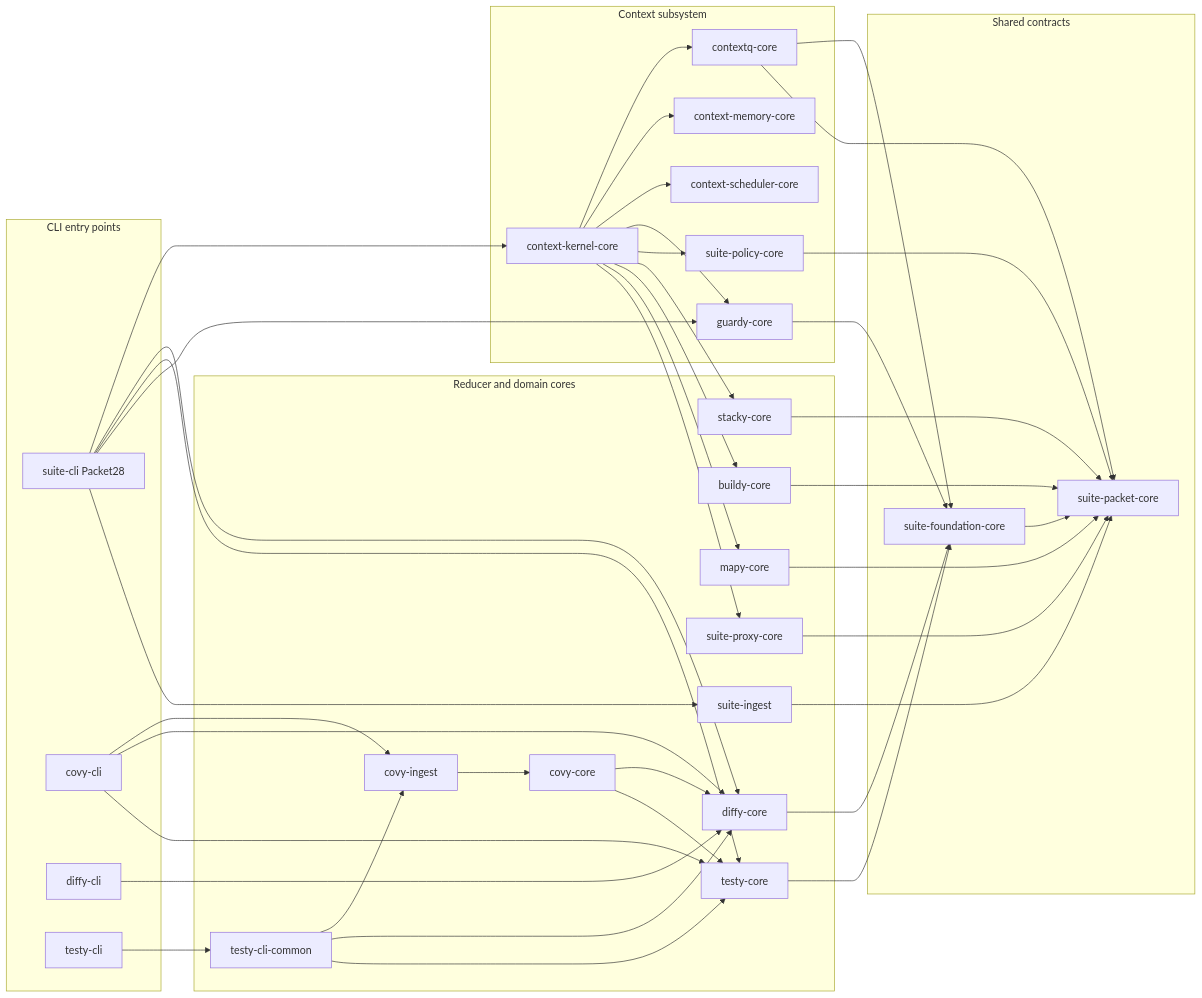
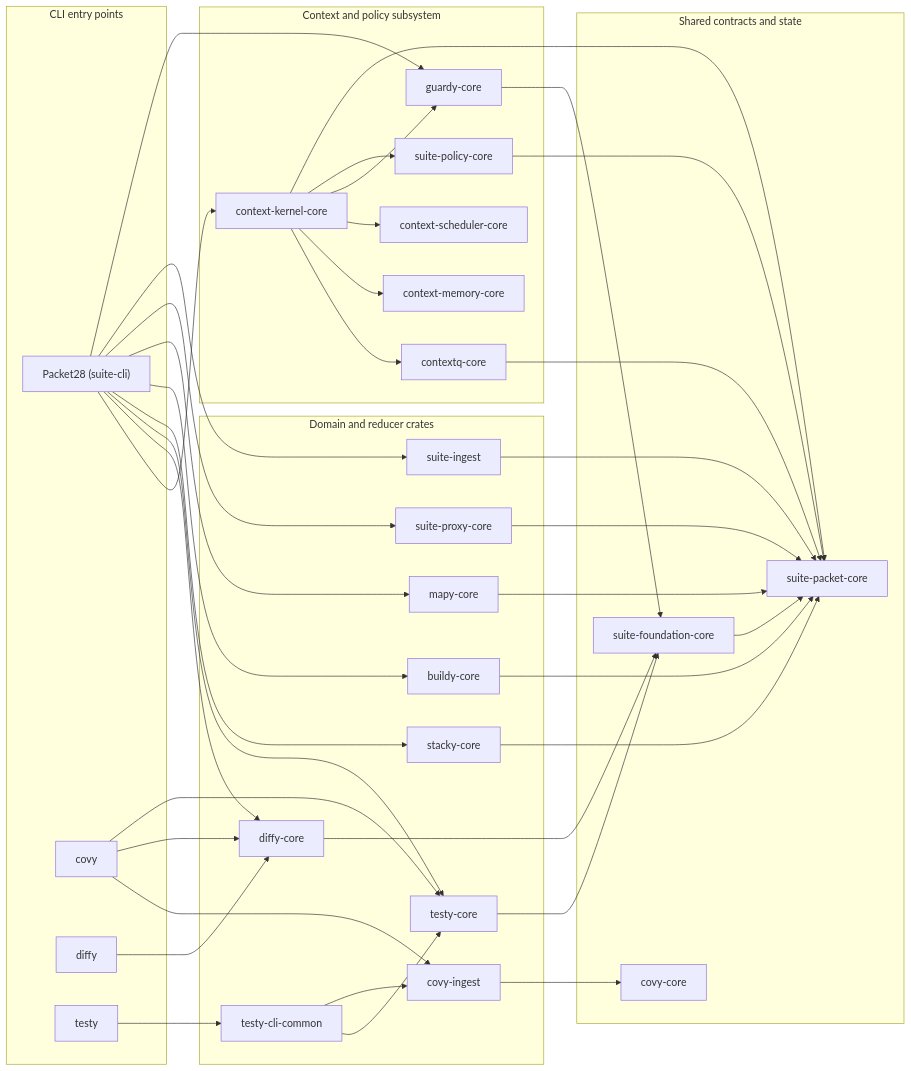
The first of 4 diagrams in README.md (usharma123/Packet28), drawn with Mermaid before and after one commit. The commit also changed other lines of this file, not shown here.

````diff
--- a/README.md
+++ b/README.md
@@ -14,80 +28,75 @@
 ```mermaid
 flowchart LR
-  subgraph CLI["CLI entry points"]
-    SuiteCLI["suite-cli Packet28"]
-    CovyCLI["covy-cli"]
-    DiffyCLI["diffy-cli"]
-    TestyCLI["testy-cli"]
+  subgraph CLIs["CLI entry points"]
+    Packet28["Packet28 (suite-cli)"]
+    Covy["covy"]
+    Diffy["diffy"]
+    Testy["testy"]
   end
 
-  subgraph Context["Context subsystem"]
+  subgraph Domain["Domain and reducer crates"]
+    CovyIngest["covy-ingest"]
+    DiffyCore["diffy-core"]
+    TestyCore["testy-core"]
+    TestyCommon["testy-cli-common"]
+    Stacky["stacky-core"]
+    Buildy["buildy-core"]
+    Mapy["mapy-core"]
+    Proxy["suite-proxy-core"]
+    Ingest["suite-ingest"]
+  end
+
+  subgraph Context["Context and policy subsystem"]
     Kernel["context-kernel-core"]
     ContextQ["contextq-core"]
     Memory["context-memory-core"]
     Scheduler["context-scheduler-core"]
     Guardy["guardy-core"]
     Policy["suite-policy-core"]
   end
 
-  subgraph Reducers["Reducer and domain cores"]
-    DiffyCore["diffy-core"]
-    TestyCore["testy-core"]
-    Stacky["stacky-core"]
-    Buildy["buildy-core"]
-    Mapy["mapy-core"]
-    ProxyCore["suite-proxy-core"]
-    Ingest["suite-ingest"]
-    CovyIngest["covy-ingest"]
+  subgraph Shared["Shared contracts and state"]
+    Foundation["suite-foundation-core"]
+    Packet["suite-packet-core"]
     CovyCore["covy-core"]
-    TestyCommon["testy-cli-common"]
   end
 
-  subgraph Contracts["Shared contracts"]
-    Foundation["suite-foundation-core"]
-    Packet["suite-packet-core"]
-  end
+  Packet28 --> Kernel
+  Packet28 --> DiffyCore
+  Packet28 --> TestyCore
+  Packet28 --> Stacky
+  Packet28 --> Buildy
+  Packet28 --> Mapy
+  Packet28 --> Proxy
+  Packet28 --> Ingest
+  Packet28 --> Guardy
 
-  SuiteCLI --> Kernel
-  SuiteCLI --> DiffyCore
-  SuiteCLI --> TestyCore
-  SuiteCLI --> Guardy
-  SuiteCLI --> Ingest
+  Covy --> CovyIngest
+  Covy --> DiffyCore
+  Covy --> TestyCore
+  Diffy --> DiffyCore
+  Testy --> TestyCommon
 
-  CovyCLI --> CovyIngest
-  CovyCLI --> DiffyCore
-  CovyCLI --> TestyCore
-  DiffyCLI --> DiffyCore
-  TestyCLI --> TestyCommon
-
+  TestyCommon --> TestyCore
   TestyCommon --> CovyIngest
-  TestyCommon --> DiffyCore
-  TestyCommon --> TestyCore
-
-  CovyIngest --> CovyCore
-  CovyCore --> DiffyCore
-  CovyCore --> TestyCore
 
   Kernel --> ContextQ
   Kernel --> Memory
   Kernel --> Scheduler
   Kernel --> Guardy
   Kernel --> Policy
-  Kernel --> Stacky
-  Kernel --> Buildy
-  Kernel --> Mapy
-  Kernel --> ProxyCore
+  Kernel --> Packet
 
-  ContextQ --> Foundation
+  CovyIngest --> CovyCore
   DiffyCore --> Foundation
   TestyCore --> Foundation
-  Guardy --> Foundation
-  Ingest --> Packet
-
-  Foundation --> Packet
-  ContextQ --> Packet
   Stacky --> Packet
   Buildy --> Packet
   Mapy --> Packet
-  ProxyCore --> Packet
+  Proxy --> Packet
+  Ingest --> Packet
+  ContextQ --> Packet
+  Guardy --> Foundation
   Policy --> Packet
+  Foundation --> Packet
 ```
````
